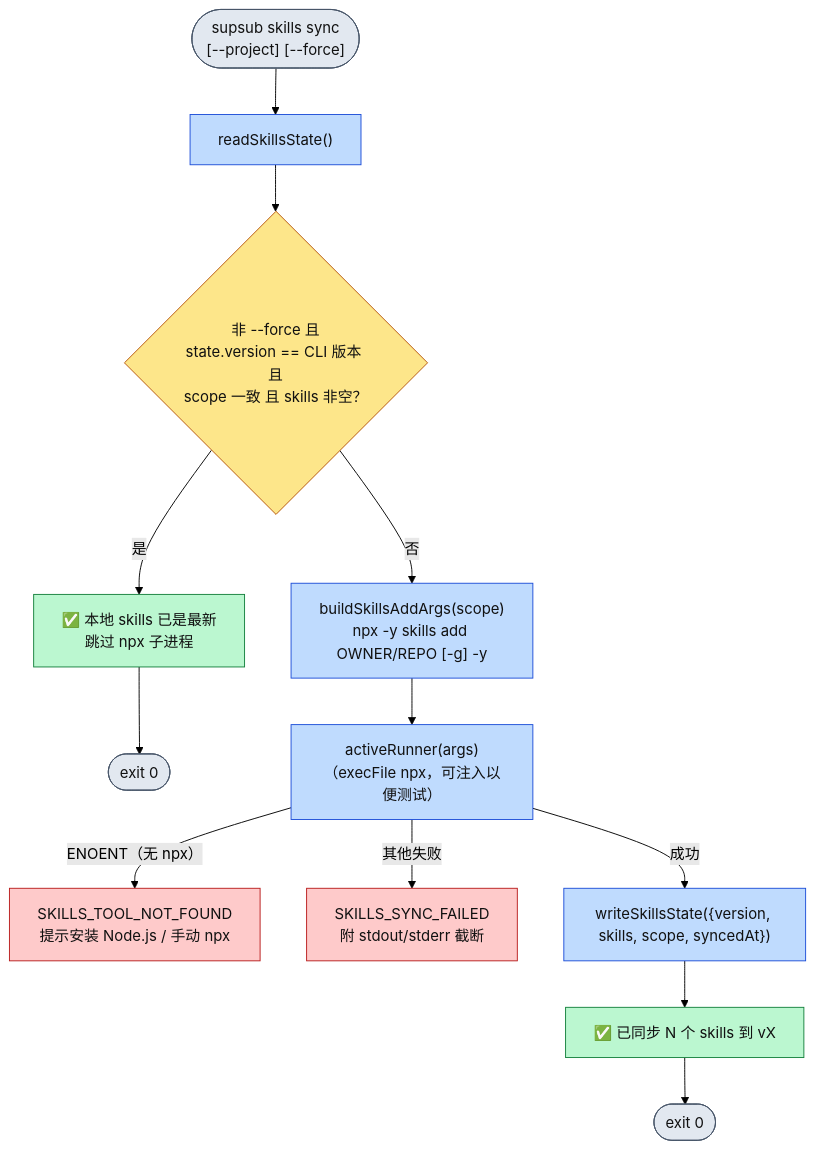
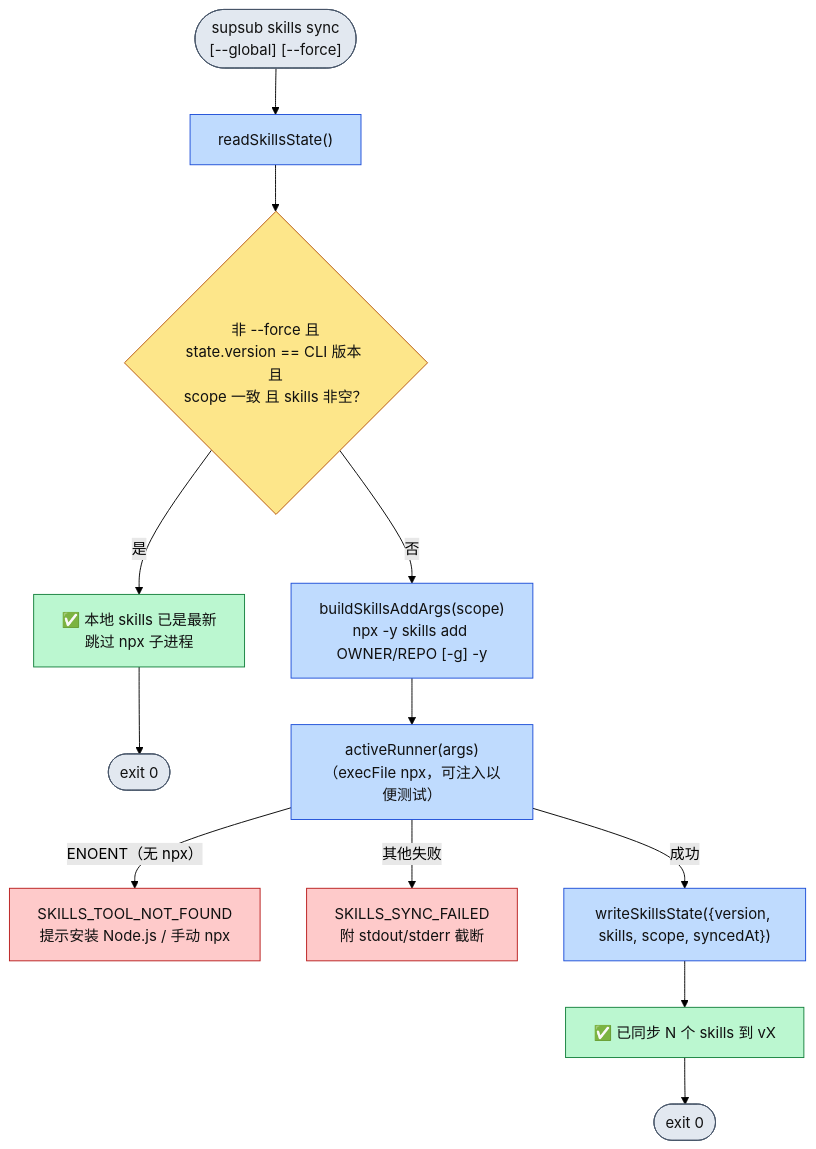
The third of 5 diagrams in docs/self-update-flow.md (SupSub-AI/supsub-cli), drawn with Mermaid (forest theme) before and after one commit. The commit also changed other lines of this file and 6 other files, not shown here.

First line of the commit message:
feat(skills): skills sync 默认改为项目级安装，全局需显式 --global

````diff
--- a/docs/self-update-flow.md
+++ b/docs/self-update-flow.md
@@ -117,18 +117,18 @@
 ```mermaid
 flowchart TD
-    Start(["supsub skills sync<br/>[--project] [--force]"]):::start --> Read["readSkillsState()"]:::step
+    Start(["supsub skills sync<br/>[--global] [--force]"]):::start --> Read["readSkillsState()"]:::step
     Read --> Dec{"非 --force 且<br/>state.version == CLI 版本 且<br/>scope 一致 且 skills 非空？"}:::dec
     Dec -->|是| UpToDate["✅ 本地 skills 已是最新<br/>跳过 npx 子进程"]:::out --> End1([exit 0]):::start
     Dec -->|否| Build["buildSkillsAddArgs(scope)<br/>npx -y skills add OWNER/REPO [-g] -y"]:::step
     Build --> Run["activeRunner(args)<br/>（execFile npx，可注入以便测试）"]:::step
     Run -->|ENOENT（无 npx）| ErrTool["SKILLS_TOOL_NOT_FOUND<br/>提示安装 Node.js / 手动 npx"]:::err
     Run -->|其他失败| ErrSync["SKILLS_SYNC_FAILED<br/>附 stdout/stderr 截断"]:::err
     Run -->|成功| Write["writeSkillsState({version, skills, scope, syncedAt})"]:::step
     Write --> Done["✅ 已同步 N 个 skills 到 vX"]:::out --> End2([exit 0]):::start
 
     classDef start fill:#e2e8f0,stroke:#475569,color:#111;
     classDef step fill:#bfdbfe,stroke:#1d4ed8,color:#111;
     classDef dec fill:#fde68a,stroke:#b45309,color:#111;
     classDef out fill:#bbf7d0,stroke:#15803d,color:#111;
     classDef err fill:#fecaca,stroke:#b91c1c,color:#111;
 ```
````
